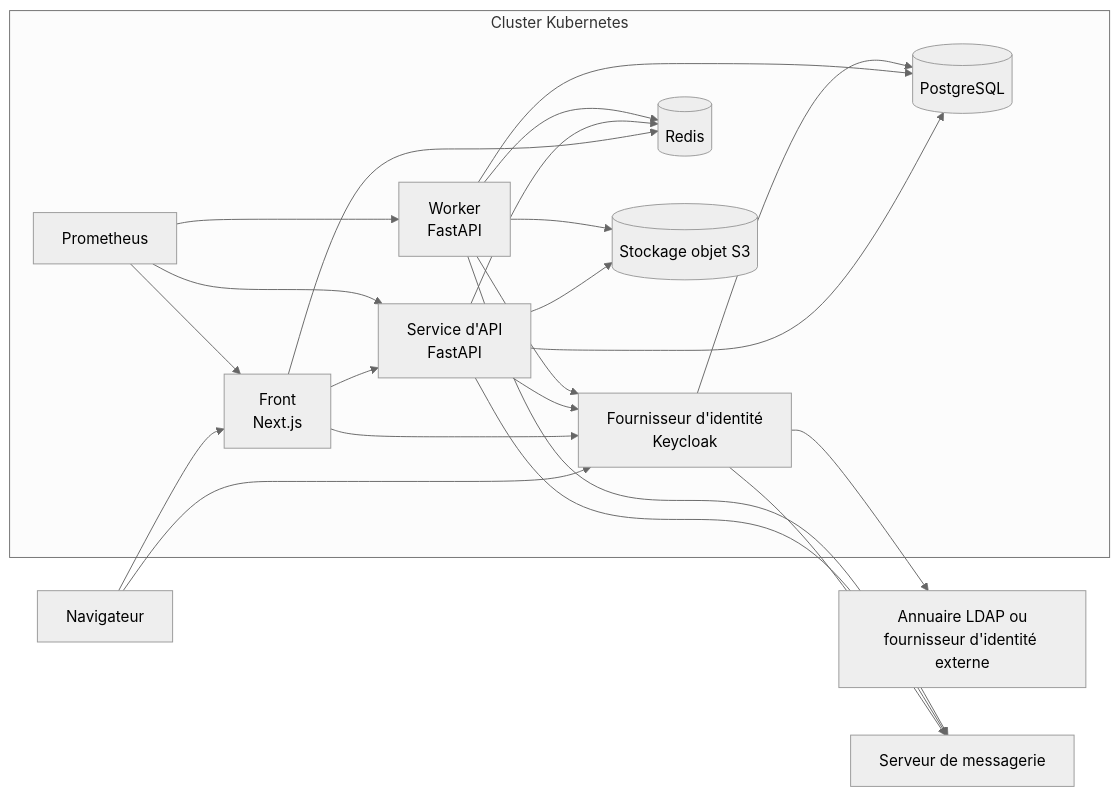
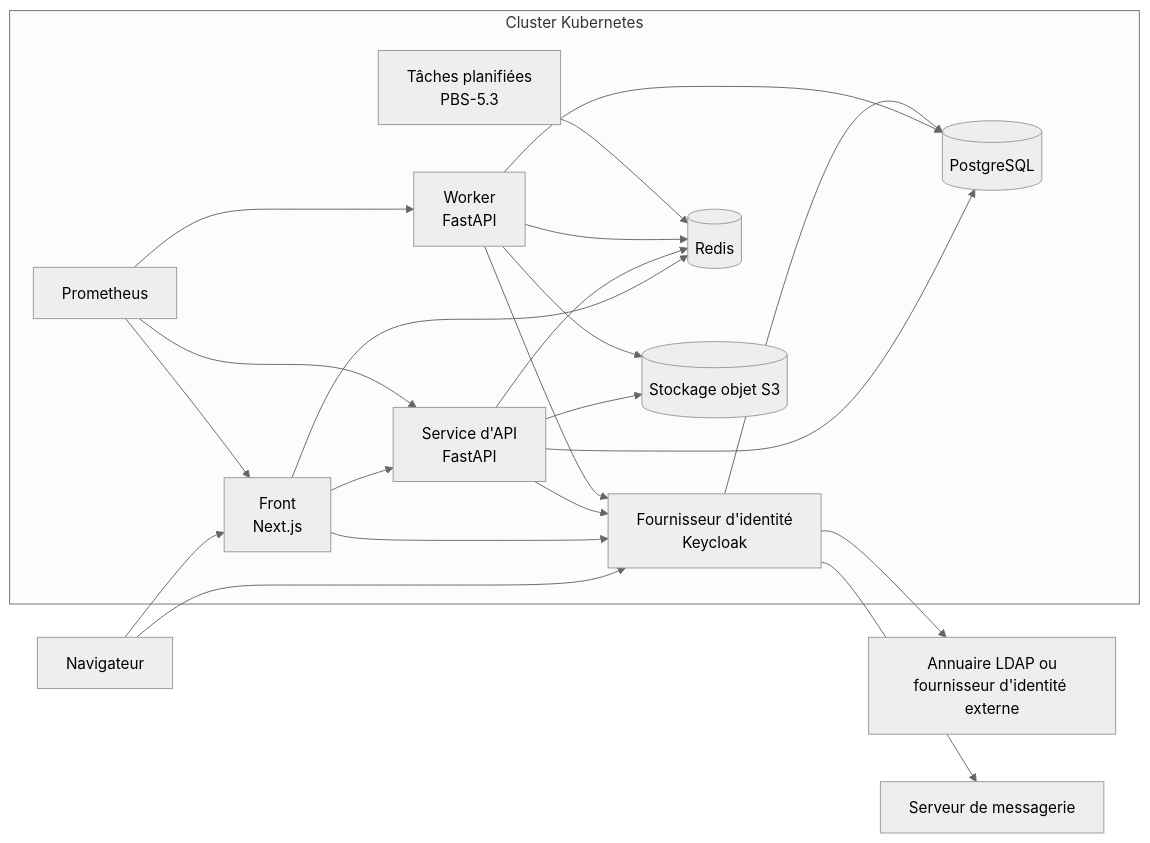
Before and after one commit to waterfall-project/wf-project: the diagram in docs/spec/figures/deploiement.mmd, drawn with Mermaid (neutral theme). The commit also changed 6 other files, not shown here.

```diff
--- a/docs/spec/figures/deploiement.mmd
+++ b/docs/spec/figures/deploiement.mmd
@@ -1,35 +1,35 @@
 flowchart LR
     Navigateur["Navigateur"]
     subgraph Cluster["Cluster Kubernetes"]
         Front["Front<br>Next.js"]
         API["Service d'API<br>FastAPI"]
         Worker["Worker<br>FastAPI"]
         IdP["Fournisseur d'identité<br>Keycloak"]
         PG[("PostgreSQL")]
         Redis[("Redis")]
         S3[("Stockage objet S3")]
         Prometheus["Prometheus"]
+        Planif["Tâches planifiées<br>PBS-5.3"]
     end
     Annuaire["Annuaire LDAP ou<br>fournisseur d'identité externe"]
     SMTP["Serveur de messagerie"]
     Navigateur --> Front
     Navigateur --> IdP
     Front --> API
     Front --> IdP
     Front --> Redis
     API --> IdP
     API --> PG
     API --> Redis
     API --> S3
     Worker --> PG
     Worker --> Redis
     Worker --> IdP
     Worker --> S3
     IdP --> PG
     IdP --> Annuaire
     IdP --> SMTP
-    API --> SMTP
-    Worker --> SMTP
+    Planif --> Redis
     Prometheus --> API
     Prometheus --> Worker
     Prometheus --> Front
```
